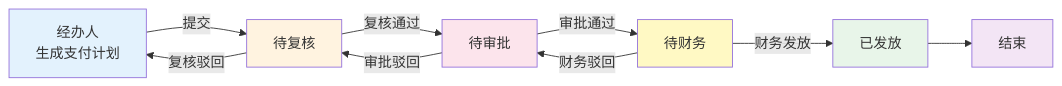
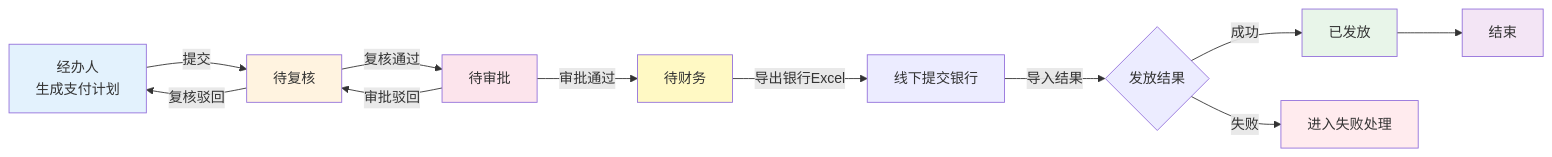
One commit to gulbelhuai/lfsb changed the fifth of 17 diagrams in spec/概要设计文档.md. Above: the diagram before and after it, drawn with Mermaid. The commit also changed other lines of this file and 299 other files, not shown here.

````diff
--- a/spec/概要设计文档.md
+++ b/spec/概要设计文档.md
@@ -279,18 +280,21 @@
 ```mermaid
 flowchart LR
     A[经办人<br/>生成支付计划] -->|提交| B[待复核]
     B -->|复核通过| C[待审批]
     B -->|复核驳回| A
     C -->|审批通过| D[待财务]
     C -->|审批驳回| B
-    D -->|财务发放| E[已发放]
-    D -->|财务驳回| C
-    E --> F[结束]
+    D -->|导出银行Excel| E[线下提交银行]
+    E -->|导入结果| F{发放结果}
+    F -->|成功| G[已发放]
+    F -->|失败| H[进入失败处理]
+    G --> I[结束]
 
     style A fill:#e3f2fd
     style B fill:#fff3e0
     style C fill:#fce4ec
     style D fill:#fff9c4
-    style E fill:#e8f5e9
-    style F fill:#f3e5f5
+    style G fill:#e8f5e9
+    style H fill:#ffebee
+    style I fill:#f3e5f5
 ```
````
